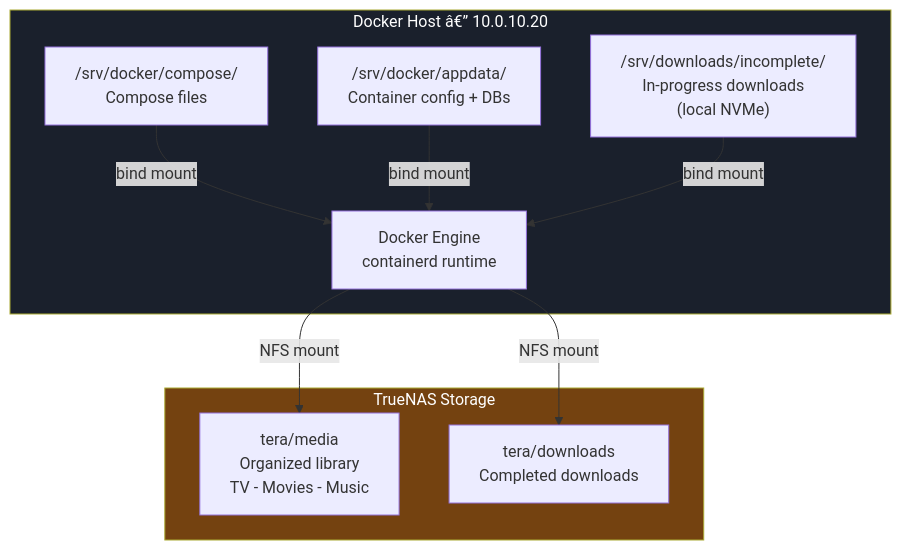
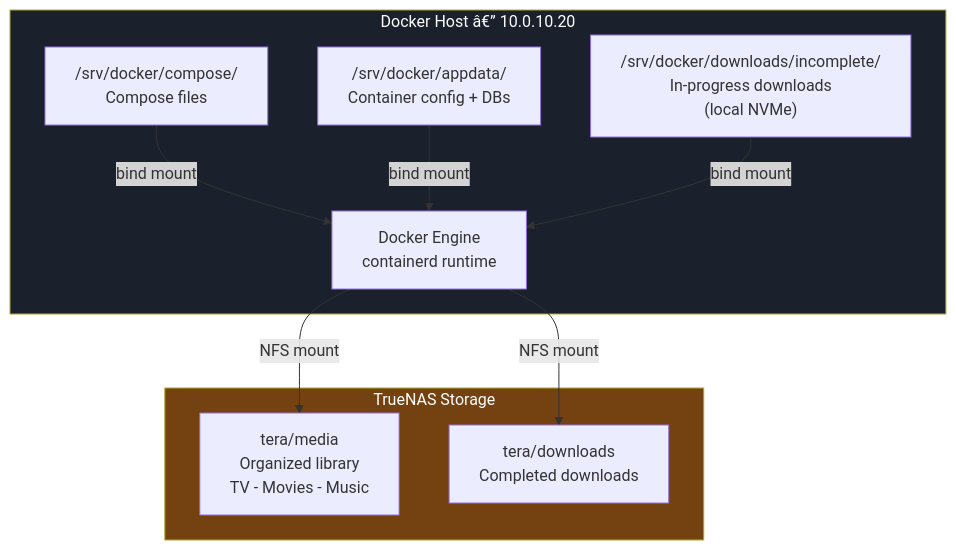
One commit to Kagiso-me/homelab-infrastructure changed the first of 3 diagrams in docker/docs/02_docker_installation_and_filesystem.md. Above: the diagram before and after it, drawn with Mermaid. The commit also changed other lines of this file and 4 other files, not shown here.

First line of the commit message:
fix(docker): relocate downloads path under /srv/docker/downloads

````diff
--- a/docker/docs/02_docker_installation_and_filesystem.md
+++ b/docker/docs/02_docker_installation_and_filesystem.md
@@ -36,23 +36,23 @@
 ```mermaid
 graph TD
     subgraph DockerHost ["Docker Host â€” 10.0.10.20"]
         Stacks["/srv/docker/compose/\nCompose files"]
         AppData["/srv/docker/appdata/\nContainer config + DBs"]
-        Incomplete["/srv/downloads/incomplete/\nIn-progress downloads\n(local NVMe)"]
+        Incomplete["/srv/docker/downloads/incomplete/\nIn-progress downloads\n(local NVMe)"]
         Docker["Docker Engine\ncontainerd runtime"]
     end
 
     subgraph TrueNAS ["TrueNAS Storage"]
         MediaDS["tera/media\nOrganized library\nTV - Movies - Music"]
         DownDS["tera/downloads\nCompleted downloads"]
     end
 
     Stacks -->|bind mount| Docker
     AppData -->|bind mount| Docker
     Incomplete -->|bind mount| Docker
     Docker -->|NFS mount| MediaDS
     Docker -->|NFS mount| DownDS
 
     style DockerHost fill:#1a202c,color:#fff
     style TrueNAS fill:#744210,color:#fff
 ```
````
